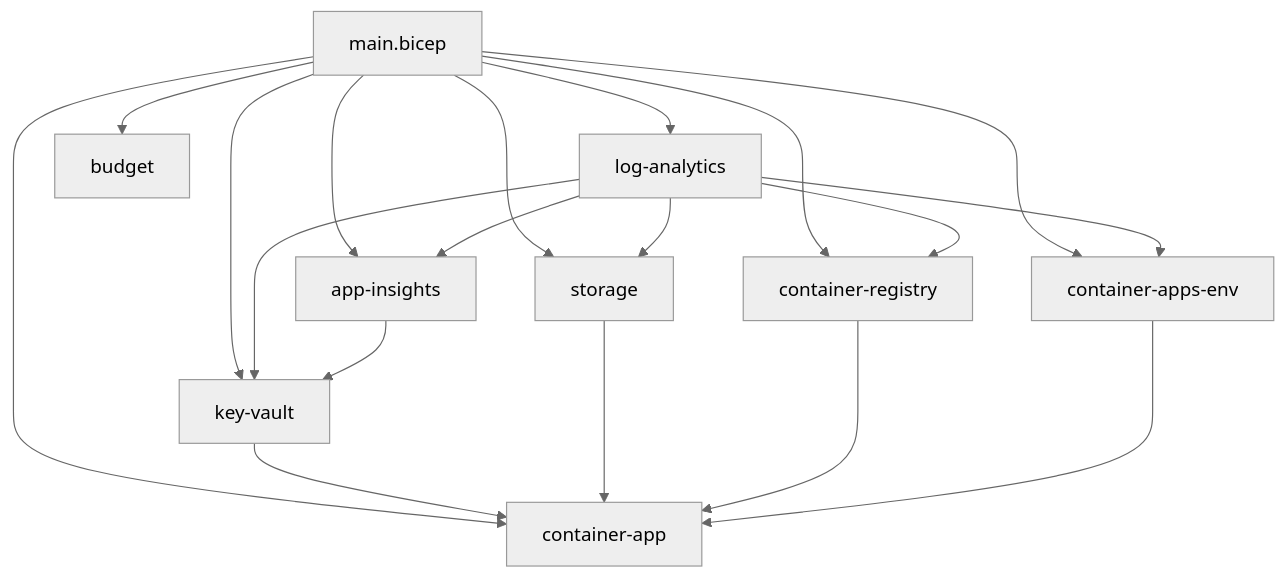
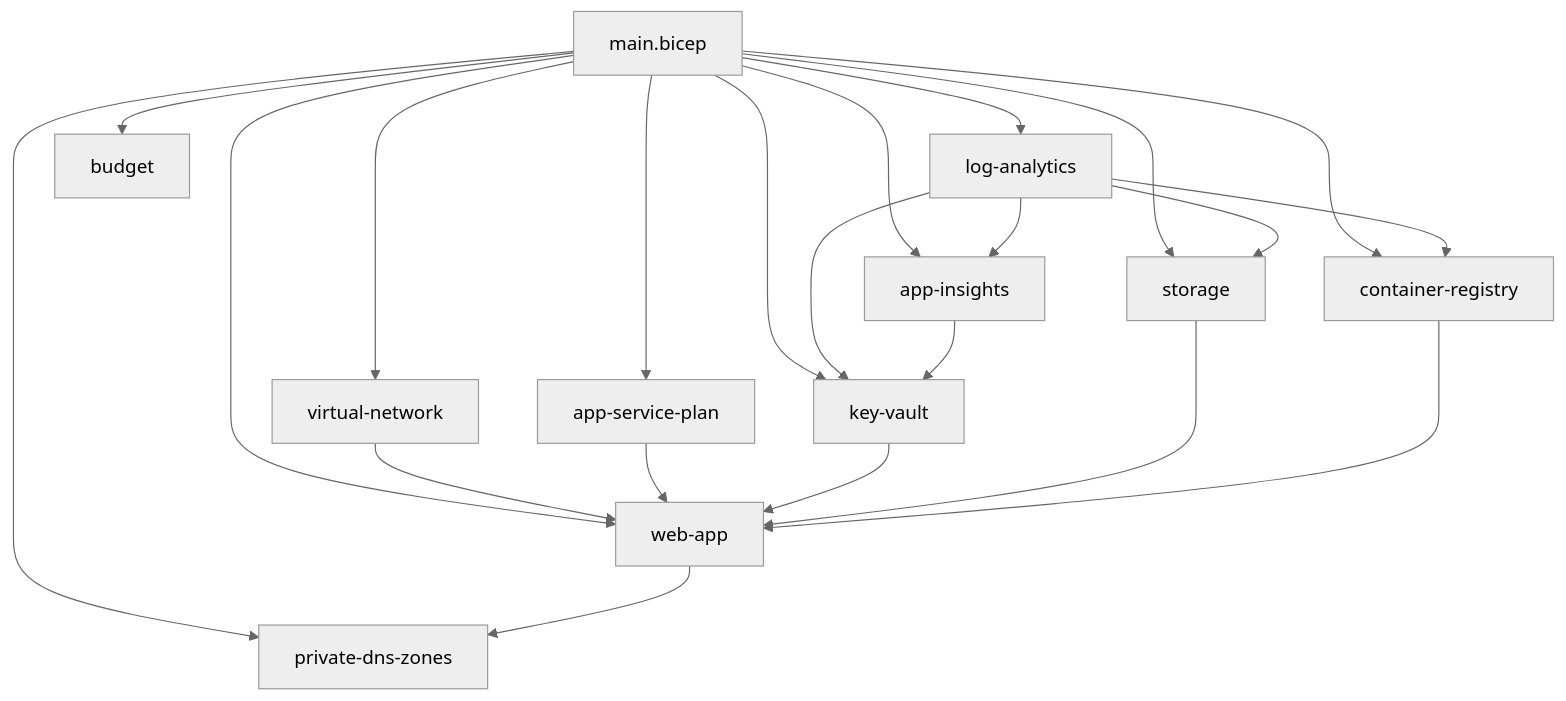
Before and after one commit to jonathan-vella/bmit-2026: the diagram in agent-output/malta-catering/05-implementation-reference.md, drawn with Mermaid. The commit also changed other lines of this file and 80 other files, not shown here.

Commit message:
feat: migrate malta-catering to app service and publish as-built artifacts

````diff
--- a/agent-output/malta-catering/05-implementation-reference.md
+++ b/agent-output/malta-catering/05-implementation-reference.md
@@ -71,22 +92,25 @@
 ```mermaid
 %%{init: {'theme':'neutral'}}%%
 graph TD
     MAIN["main.bicep"] --> LAW["log-analytics"]
     MAIN --> APPI["app-insights"]
     MAIN --> KV["key-vault"]
     MAIN --> ST["storage"]
     MAIN --> ACR["container-registry"]
-    MAIN --> ENV["container-apps-env"]
-    MAIN --> APP["container-app"]
+    MAIN --> VNET["virtual-network"]
+    MAIN --> ASP["app-service-plan"]
+    MAIN --> WEBAPP["web-app"]
+    MAIN --> DNS["private-dns-zones"]
     MAIN --> BUDGET["budget"]
     LAW --> APPI
     LAW --> KV
     LAW --> ST
     LAW --> ACR
-    LAW --> ENV
     APPI --> KV
-    KV --> APP
-    ST --> APP
-    ACR --> APP
-    ENV --> APP
+    VNET --> WEBAPP
+    ASP --> WEBAPP
+    KV --> WEBAPP
+    ST --> WEBAPP
+    ACR --> WEBAPP
+    WEBAPP --> DNS
 ```
````
